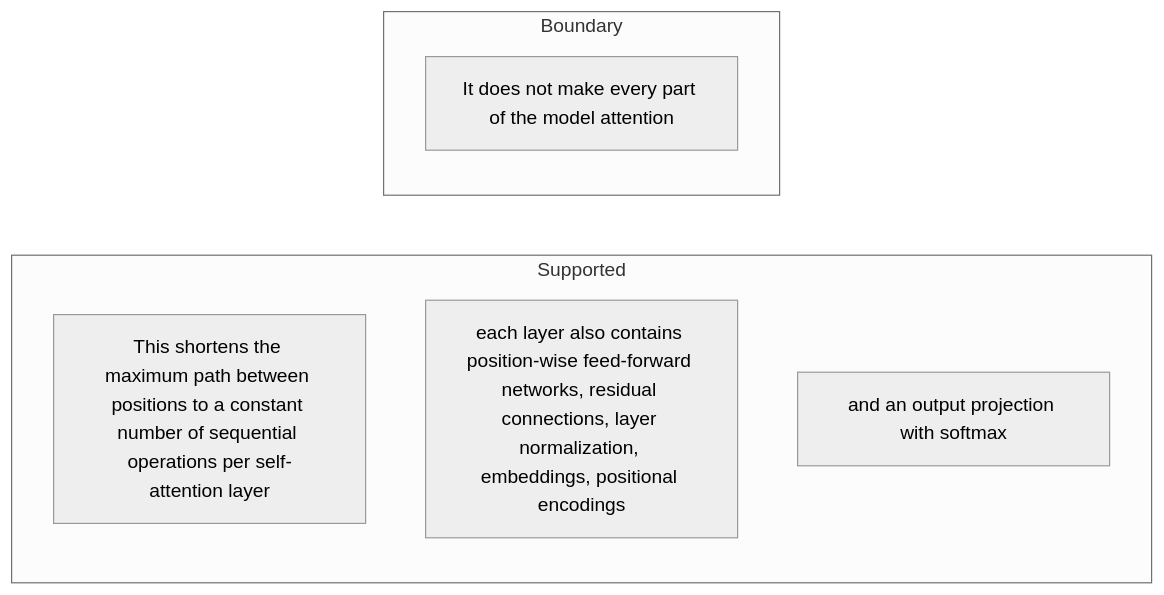
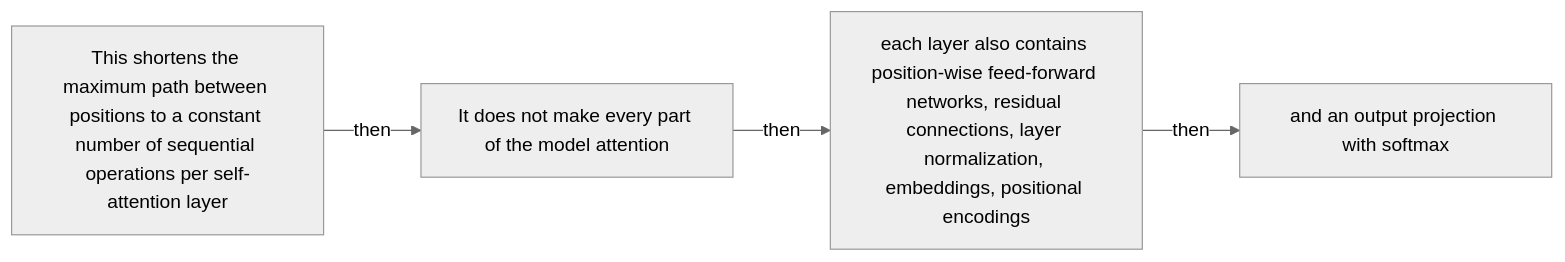
Before and after one commit to Betancourt1/paper_atlas: diagram 12 of 54 in docs/visual-manifests/VISUAL_MANIFEST_ATTENTION_IS_ALL_YOU_NEED.md, drawn with Mermaid (neutral theme). The commit also changed other lines of this file and 7 other files, not shown here.

````diff
--- a/docs/visual-manifests/VISUAL_MANIFEST_ATTENTION_IS_ALL_YOU_NEED.md
+++ b/docs/visual-manifests/VISUAL_MANIFEST_ATTENTION_IS_ALL_YOU_NEED.md
@@ -925,11 +902,10 @@
 ```mermaid
 flowchart LR
-  subgraph Supported
-    a1["This shortens the maximum path between positions to a constant number of sequential operations per self-attention layer"]
-    a2["each layer also contains position-wise feed-forward networks, residual connections, layer normalization, embeddings, positional encodings"]
-    a3["and an output projection with softmax"]
-  end
-  subgraph Boundary
-    b1["It does not make every part of the model attention"]
-  end
+  n1["This shortens the maximum path between positions to a constant number of sequential operations per self-attention layer"]
+  n2["It does not make every part of the model attention"]
+  n3["each layer also contains position-wise feed-forward networks, residual connections, layer normalization, embeddings, positional encodings"]
+  n4["and an output projection with softmax"]
+  n1 -->|"then"| n2
+  n2 -->|"then"| n3
+  n3 -->|"then"| n4
 ```
````
